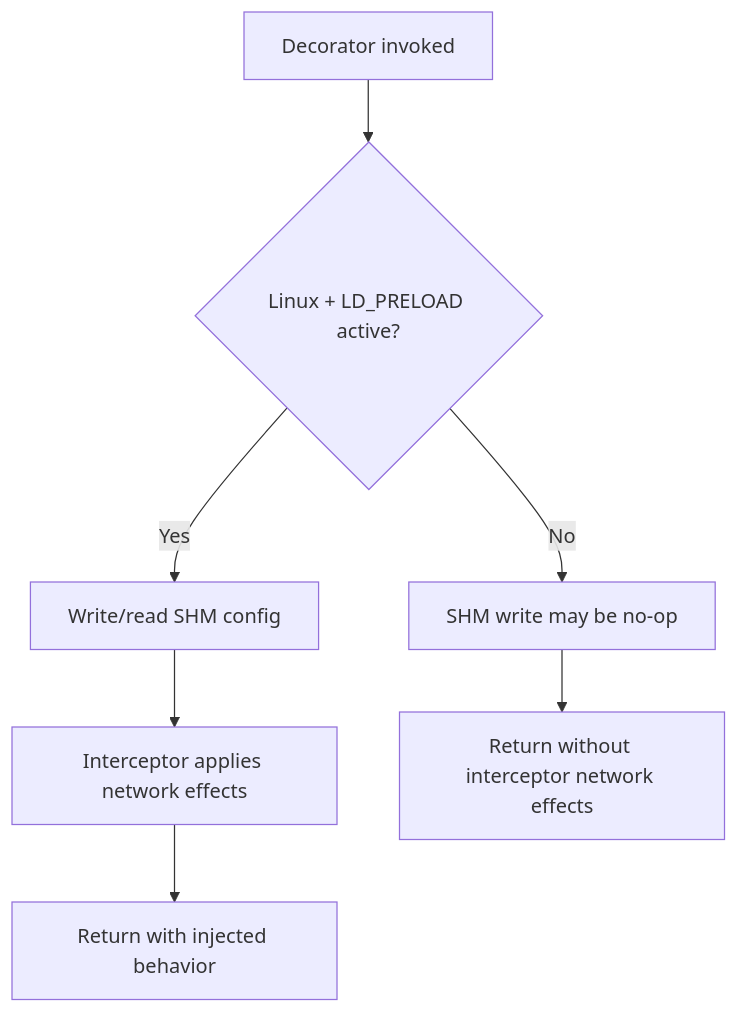
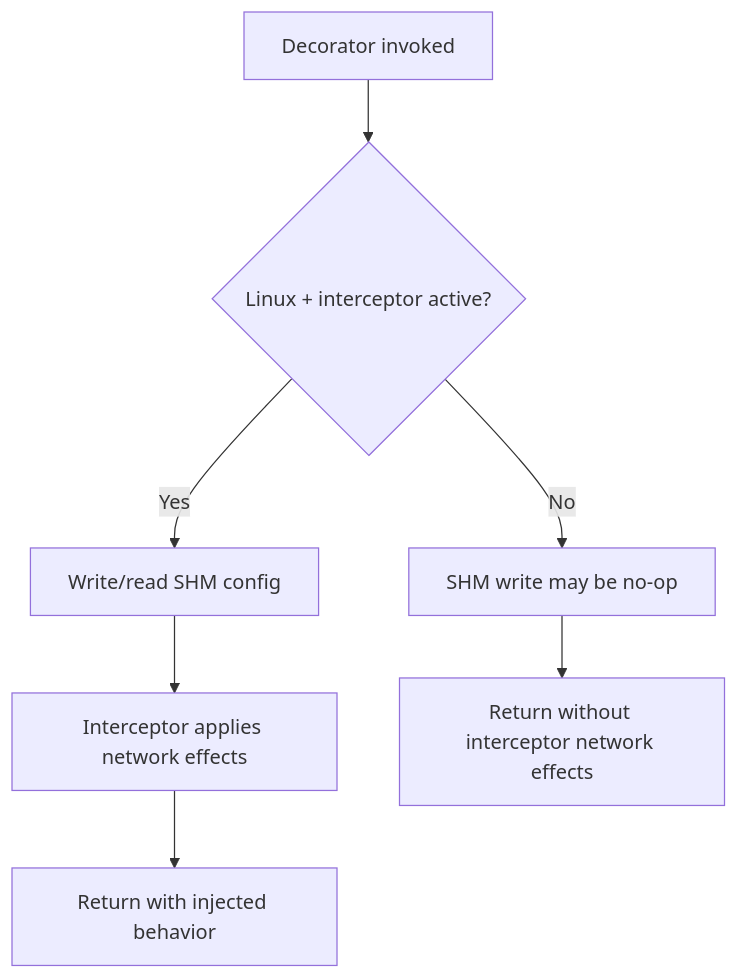
One commit to albertobadia/faultcore changed the second of 2 diagrams in docs/interceptor_and_shm.md. Above: the diagram before and after it, drawn with Mermaid. The commit also changed other lines of this file and 29 other files, not shown here.

````diff
--- a/docs/interceptor_and_shm.md
+++ b/docs/interceptor_and_shm.md
@@ -98,9 +103,9 @@
 ```mermaid
 flowchart TD
-    Start["Decorator invoked"] --> Linux{"Linux + LD_PRELOAD active?"}
+    Start["Decorator invoked"] --> Linux{"Linux + interceptor active?"}
     Linux -->|Yes| SHM["Write/read SHM config"]
     SHM --> Hook["Interceptor applies network effects"]
     Hook --> EndA["Return with injected behavior"]
     Linux -->|No| Noop["SHM write may be no-op"]
     Noop --> EndB["Return without interceptor network effects"]
 ```
````
